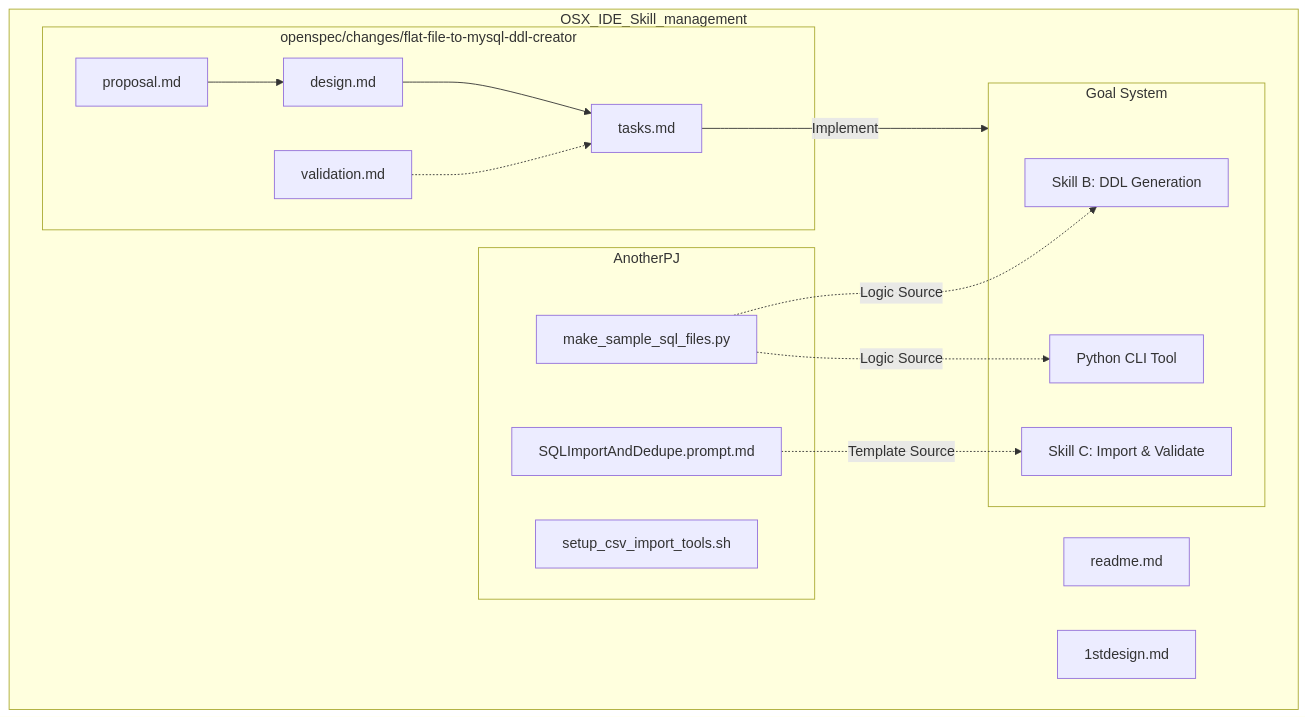
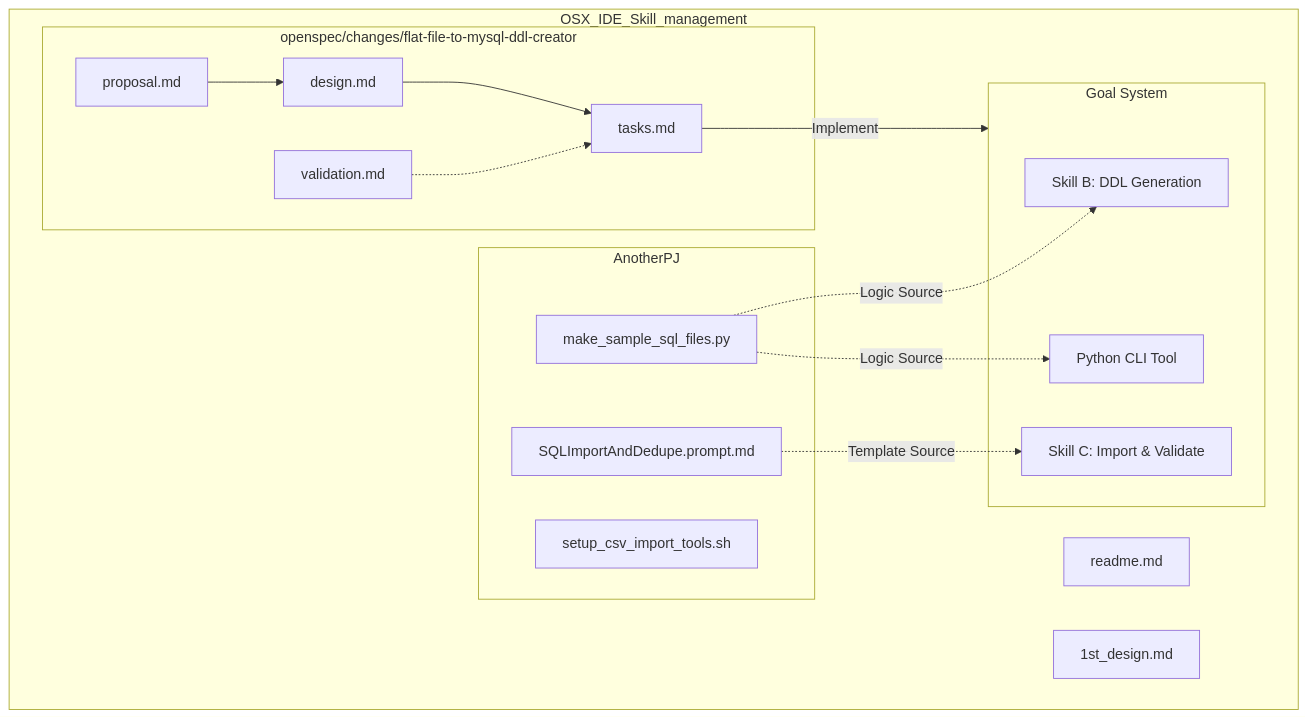
Before and after one commit to syrius2000/rwd-mysql-skill-toolkit: the first of 2 diagrams in docs/Archive/walkthrough0217_0020.md, drawn with Mermaid. The commit also changed 5 other files, not shown here.

````diff
--- a/docs/Archive/walkthrough0217_0020.md
+++ b/docs/Archive/walkthrough0217_0020.md
@@ -12,36 +12,36 @@
 ```mermaid
 graph TD
     subgraph Repo [OSX_IDE_Skill_management]
         README[readme.md]
-        Design1[1stdesign.md]
+        Design1[1st_design.md]
 
         subgraph OpenSpec [openspec/changes/flat-file-to-mysql-ddl-creator]
             Prop[proposal.md]
             Design[design.md]
             Tasks[tasks.md]
             Valid[validation.md]
         end
 
         subgraph Assets [AnotherPJ]
             PyScript[make_sample_sql_files.py]
             Prompt[SQLImportAndDedupe.prompt.md]
             Setup[setup_csv_import_tools.sh]
         end
 
         subgraph Target [Goal System]
             SkillB[Skill B: DDL Generation]
             SkillC[Skill C: Import & Validate]
             CLI[Python CLI Tool]
         end
 
         Prop --> Design
         Design --> Tasks
         Valid -.-> Tasks
 
         PyScript -.->|Logic Source| SkillB
         PyScript -.->|Logic Source| CLI
         Prompt -.->|Template Source| SkillC
 
         Tasks -->|Implement| Target
     end
 ```
````
